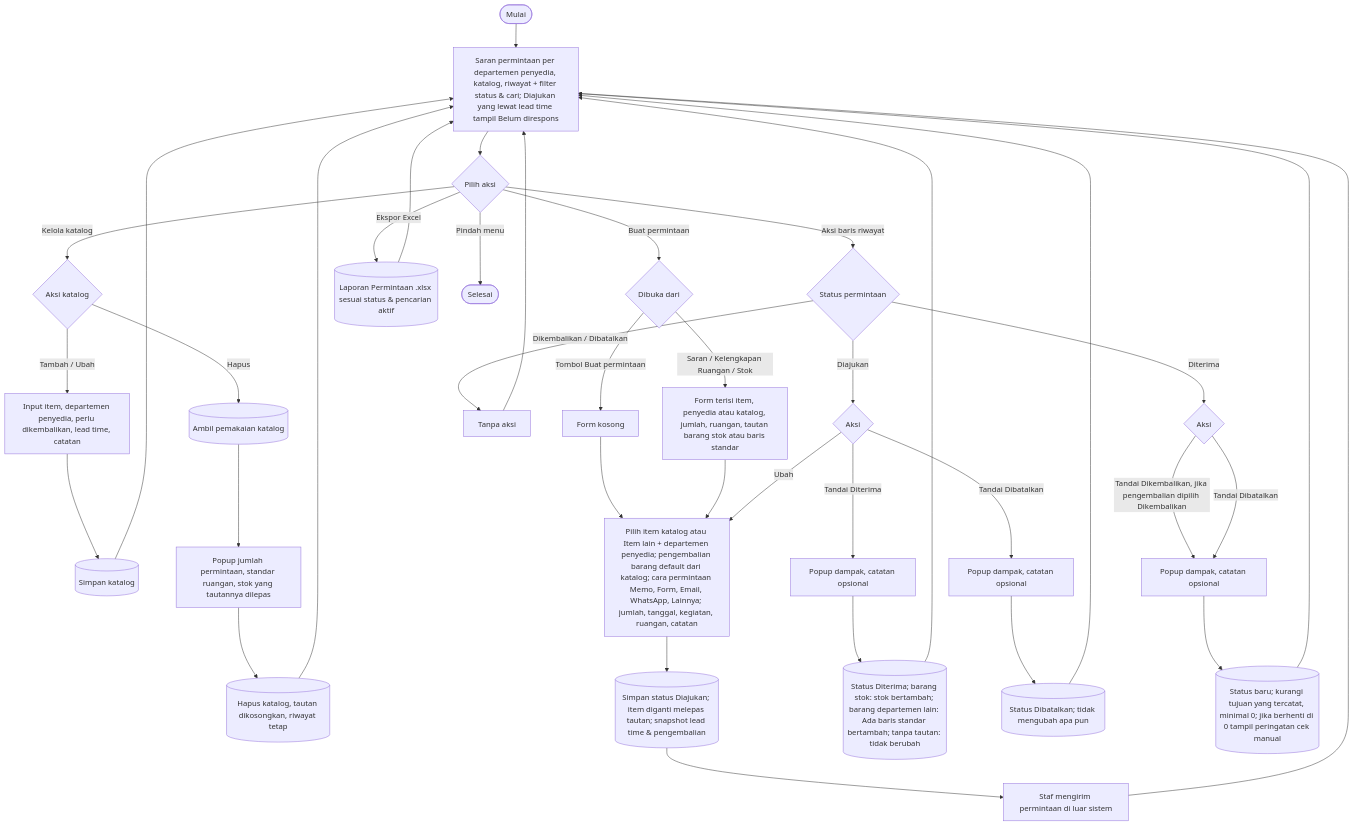
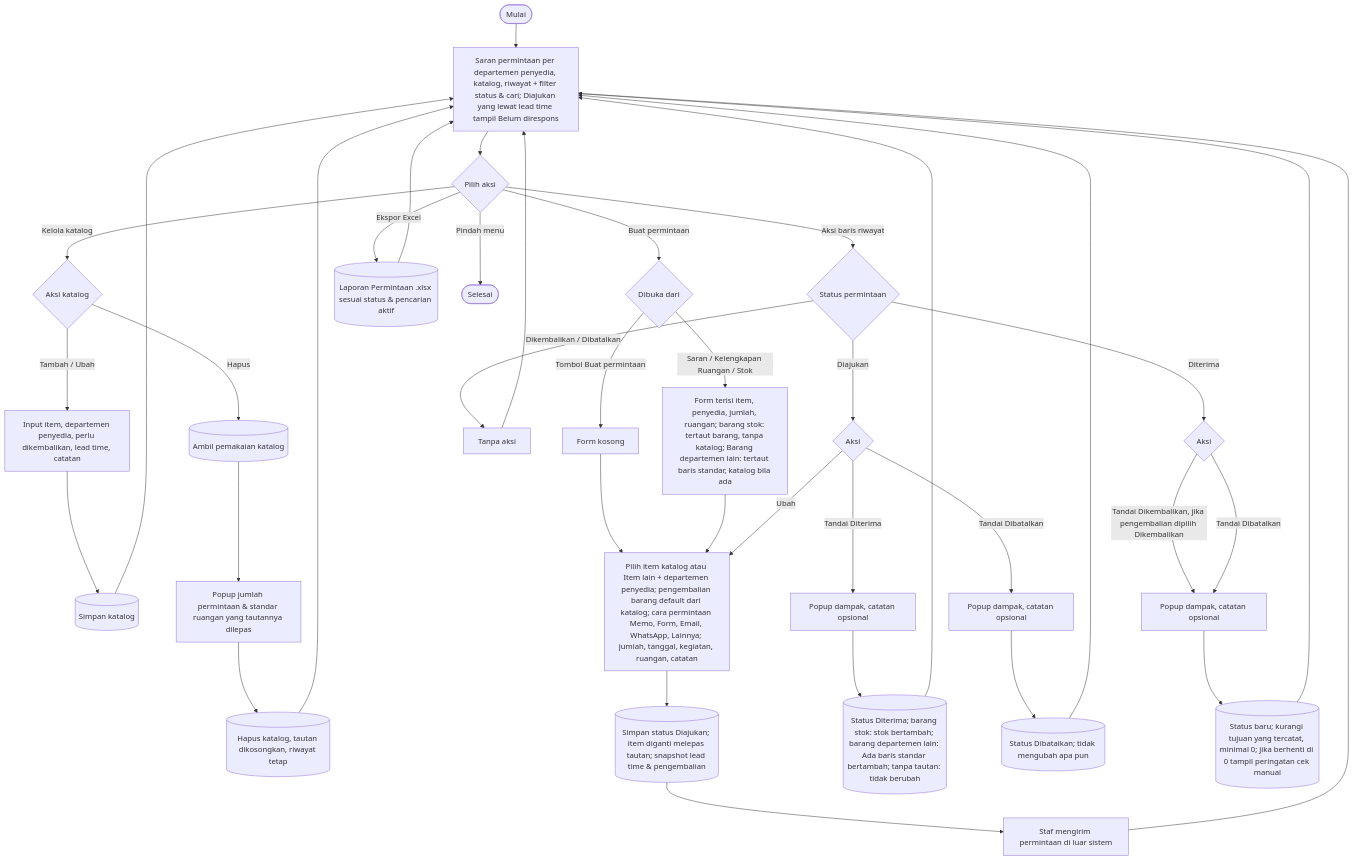
One commit to mrizqihidayat/system-tracking-asset changed the seventh of 9 diagrams in docs/flowchart.md. Above: the diagram before and after it, drawn with Mermaid. The commit also changed other lines of this file and 29 other files, not shown here.

First line of the commit message:
T26r: stok habis pakai tanpa katalog

````diff
--- a/docs/flowchart.md
+++ b/docs/flowchart.md
@@ -259,30 +259,30 @@
 ```mermaid
 flowchart TD
     A([Mulai]) --> B[Saran permintaan per departemen penyedia, katalog, riwayat + filter status & cari; Diajukan yang lewat lead time tampil Belum direspons]
     B --> C{Pilih aksi}
 
     C -- Kelola katalog --> K0{Aksi katalog}
     K0 -- Tambah / Ubah --> K1[Input item, departemen penyedia, perlu dikembalikan, lead time, catatan] --> K2[(Simpan katalog)] --> B
-    K0 -- Hapus --> K3[(Ambil pemakaian katalog)] --> K4[Popup jumlah permintaan, standar ruangan, stok yang tautannya dilepas] --> K5[(Hapus katalog, tautan dikosongkan, riwayat tetap)] --> B
+    K0 -- Hapus --> K3[(Ambil pemakaian katalog)] --> K4[Popup jumlah permintaan & standar ruangan yang tautannya dilepas] --> K5[(Hapus katalog, tautan dikosongkan, riwayat tetap)] --> B
 
     C -- Buat permintaan --> P0{Dibuka dari}
     P0 -- Tombol Buat permintaan --> P1[Form kosong]
-    P0 -- Saran / Kelengkapan Ruangan / Stok --> P1a[Form terisi item, penyedia atau katalog, jumlah, ruangan, tautan barang stok atau baris standar]
+    P0 -- Saran / Kelengkapan Ruangan / Stok --> P1a[Form terisi item, penyedia, jumlah, ruangan; barang stok: tertaut barang, tanpa katalog; Barang departemen lain: tertaut baris standar, katalog bila ada]
     P1 & P1a --> P2[Pilih item katalog atau Item lain + departemen penyedia; pengembalian barang default dari katalog; cara permintaan Memo, Form, Email, WhatsApp, Lainnya; jumlah, tanggal, kegiatan, ruangan, catatan]
     P2 --> P3[(Simpan status Diajukan; item diganti melepas tautan; snapshot lead time & pengembalian)]
     P3 --> P4[Staf mengirim permintaan di luar sistem] --> B
 
     C -- Aksi baris riwayat --> U0{Status permintaan}
     U0 -- Dikembalikan / Dibatalkan --> U3[Tanpa aksi] --> B
     U0 -- Diajukan --> U1{Aksi}
     U1 -- Ubah --> P2
     U1 -- Tandai Diterima --> M1[Popup dampak, catatan opsional] --> I1[(Status Diterima; barang stok: stok bertambah; barang departemen lain: Ada baris standar bertambah; tanpa tautan: tidak berubah)] --> B
     U1 -- Tandai Dibatalkan --> M2[Popup dampak, catatan opsional] --> I2[(Status Dibatalkan; tidak mengubah apa pun)] --> B
     U0 -- Diterima --> U2{Aksi}
     U2 -- Tandai Dikembalikan, jika pengembalian dipilih Dikembalikan --> M3[Popup dampak, catatan opsional]
     U2 -- Tandai Dibatalkan --> M3
     M3 --> I3[(Status baru; kurangi tujuan yang tercatat, minimal 0; jika berhenti di 0 tampil peringatan cek manual)] --> B
 
     C -- Ekspor Excel --> X1[(Laporan Permintaan .xlsx sesuai status & pencarian aktif)] --> B
     C -- Pindah menu --> Z([Selesai])
 ```
````
